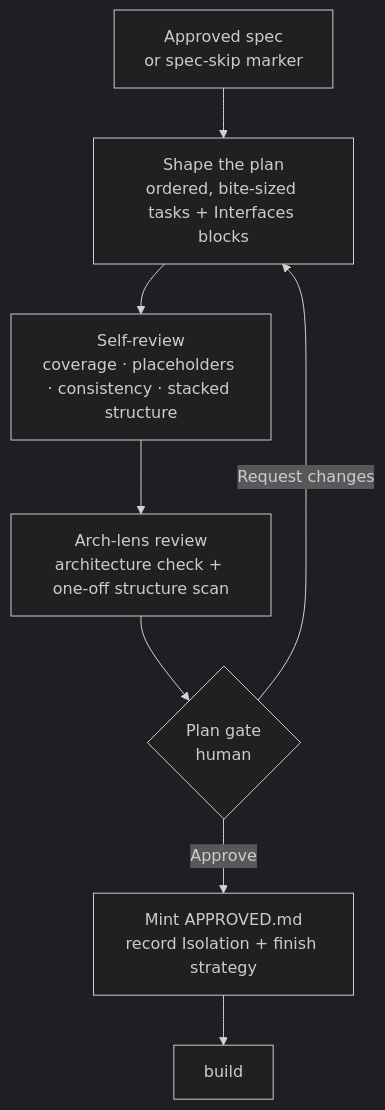
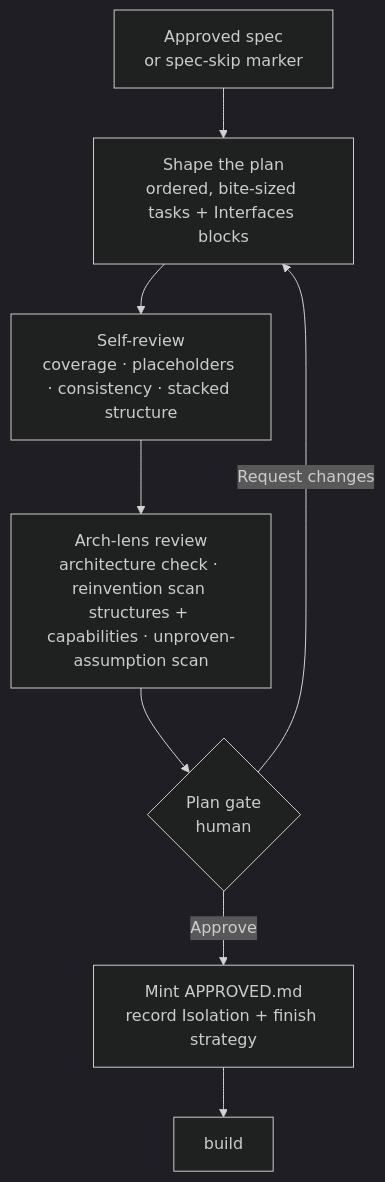
Before and after one commit to dashworthy/engineering: the diagram in docs/pipeline/planning/README.md, drawn with Mermaid (dark theme). The commit also changed other lines of this file, not shown here.

First line of the commit message:
docs(planning): reflect the three-check arch-lens review in the planning feature doc (#162)

````diff
--- a/docs/pipeline/planning/README.md
+++ b/docs/pipeline/planning/README.md
@@ -70,10 +70,10 @@
 ```mermaid
 flowchart TD
     A[Approved spec<br/>or spec-skip marker] --> B[Shape the plan<br/>ordered, bite-sized tasks + Interfaces blocks]
     B --> C[Self-review<br/>coverage · placeholders · consistency · stacked structure]
-    C --> D[Arch-lens review<br/>architecture check + one-off structure scan]
+    C --> D[Arch-lens review<br/>architecture check · reinvention scan structures + capabilities · unproven-assumption scan]
     D --> E{Plan gate<br/>human}
     E -->|Request changes| B
     E -->|Approve| F[Mint APPROVED.md<br/>record Isolation + finish strategy]
     F --> G[build]
 ```
````
